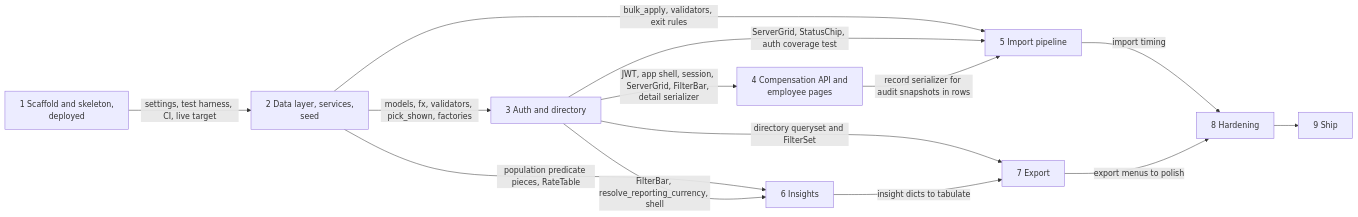
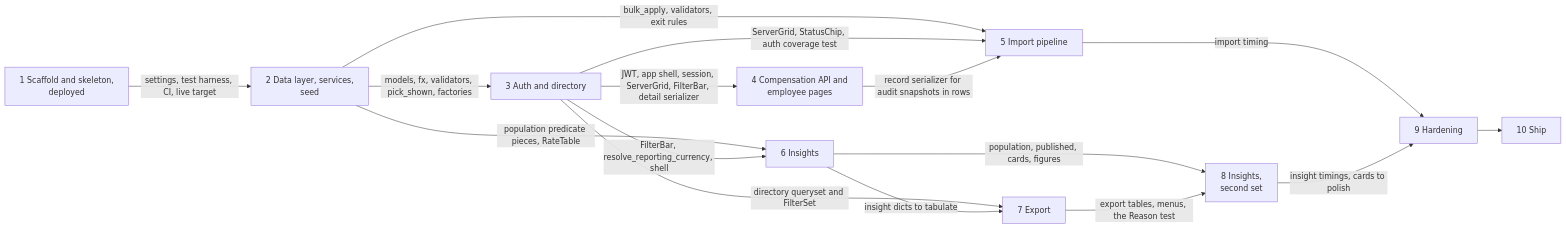
Before and after one commit to epicallyunreal/acme-salary: the diagram in docs/PLAN.md, drawn with Mermaid. The commit also changed other lines of this file and 4 other files, not shown here.

First line of the commit message:
docs: plan step 8, a second set of insights (D62, SPEC v2.13)

````diff
--- a/docs/PLAN.md
+++ b/docs/PLAN.md
@@ -9,25 +9,28 @@
 ```mermaid
 flowchart LR
   S1["1 Scaffold and skeleton,<br/>deployed"]
   S2["2 Data layer, services,<br/>seed"]
   S3["3 Auth and directory"]
   S4["4 Compensation API and<br/>employee pages"]
   S5["5 Import pipeline"]
   S6["6 Insights"]
   S7["7 Export"]
-  S8["8 Hardening"]
-  S9["9 Ship"]
+  S8["8 Insights,<br/>second set"]
+  S9["9 Hardening"]
+  S10["10 Ship"]
   S1 -->|settings, test harness, CI, live target| S2
   S2 -->|models, fx, validators, pick_shown, factories| S3
   S3 -->|JWT, app shell, session, ServerGrid, FilterBar, detail serializer| S4
   S2 -->|bulk_apply, validators, exit rules| S5
   S3 -->|ServerGrid, StatusChip, auth coverage test| S5
   S4 -->|record serializer for audit snapshots in rows| S5
   S2 -->|population predicate pieces, RateTable| S6
   S3 -->|FilterBar, resolve_reporting_currency, shell| S6
   S3 -->|directory queryset and FilterSet| S7
   S6 -->|insight dicts to tabulate| S7
-  S5 -->|import timing| S8
-  S7 -->|export menus to polish| S8
-  S8 --> S9
+  S6 -->|population, published, cards, figures| S8
+  S7 -->|export tables, menus, the Reason test| S8
+  S5 -->|import timing| S9
+  S8 -->|insight timings, cards to polish| S9
+  S9 --> S10
 ```
````
